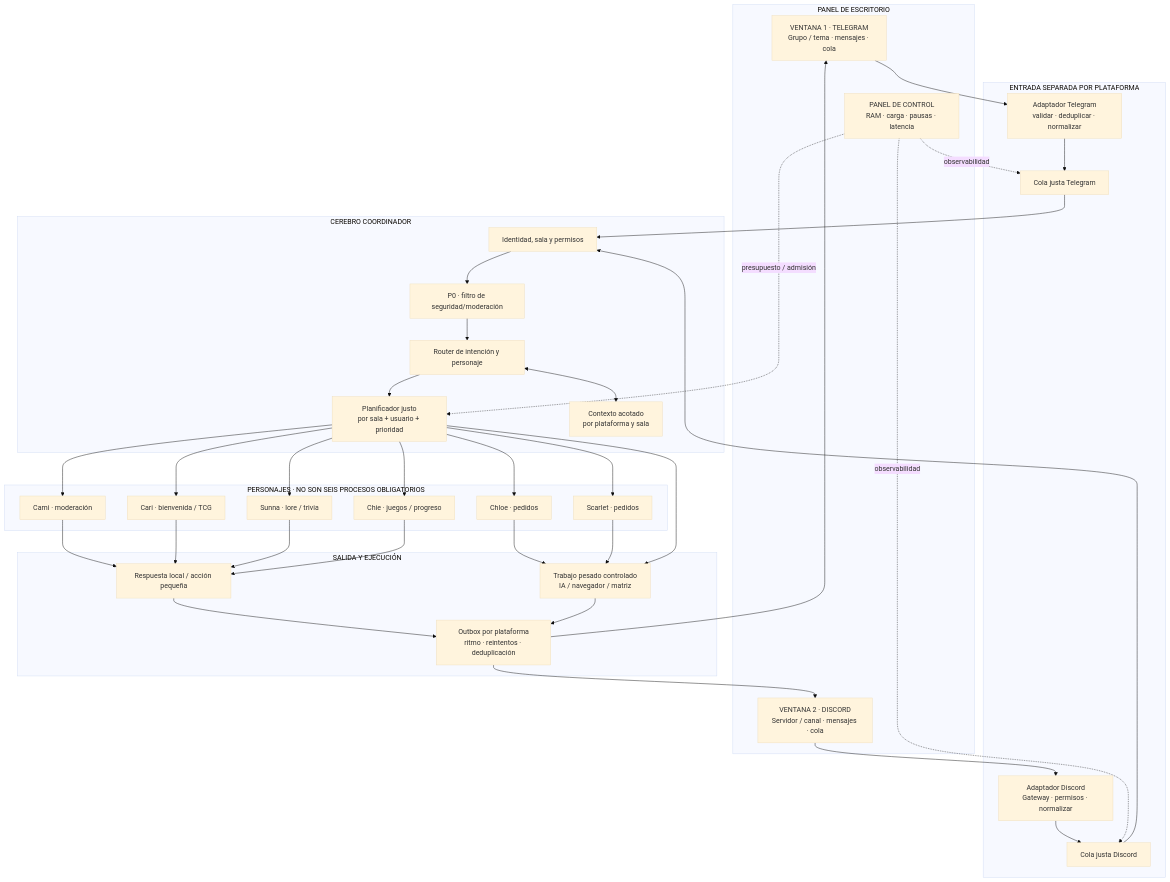
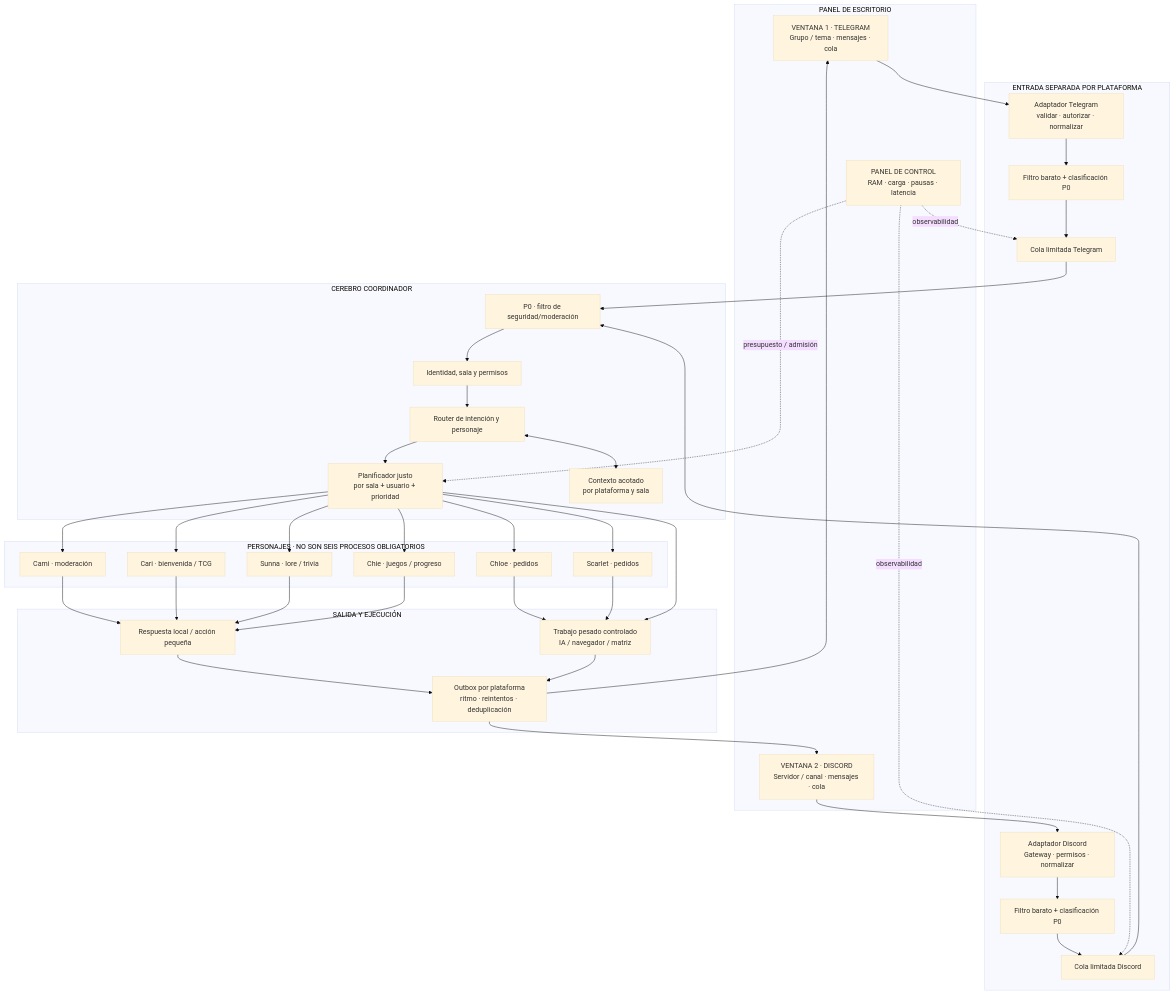
The diagram in docs/architecture/DUAL_PLATFORM_CEREBRO_MAP.md (eltiootaku01-hue/bot-telegram), drawn with Mermaid (base theme) before and after one commit. The commit also changed other lines of this file, not shown here.

Commit message:
docs: align message flow with pre-queue safety policy

````diff
--- a/docs/architecture/DUAL_PLATFORM_CEREBRO_MAP.md
+++ b/docs/architecture/DUAL_PLATFORM_CEREBRO_MAP.md
@@ -17,66 +17,68 @@
 ```mermaid
 flowchart TB
     subgraph UI["PANEL DE ESCRITORIO"]
       TG["VENTANA 1 · TELEGRAM\nGrupo / tema · mensajes · cola"]
       DC["VENTANA 2 · DISCORD\nServidor / canal · mensajes · cola"]
       CP["PANEL DE CONTROL\nRAM · carga · pausas · latencia"]
     end
 
     subgraph IN["ENTRADA SEPARADA POR PLATAFORMA"]
-      TGA["Adaptador Telegram\nvalidar · deduplicar · normalizar"]
+      TGA["Adaptador Telegram\nvalidar · autorizar · normalizar"]
       DCA["Adaptador Discord\nGateway · permisos · normalizar"]
-      QT["Cola justa Telegram"]
-      QD["Cola justa Discord"]
+      TGS["Filtro barato + clasificación P0"]
+      DCS["Filtro barato + clasificación P0"]
+      QT["Cola limitada Telegram"]
+      QD["Cola limitada Discord"]
     end
 
     subgraph BRAIN["CEREBRO COORDINADOR"]
       AUTH["Identidad, sala y permisos"]
       MOD["P0 · filtro de seguridad/moderación"]
       ROUTER["Router de intención y personaje"]
       FAIR["Planificador justo\npor sala + usuario + prioridad"]
       MEMORY["Contexto acotado\npor plataforma y sala"]
     end
 
     subgraph CAST["PERSONAJES · NO SON SEIS PROCESOS OBLIGATORIOS"]
       CAMI["Cami · moderación"]
       CARI["Cari · bienvenida / TCG"]
       SUNNA["Sunna · lore / trivia"]
       CHIE["Chie · juegos / progreso"]
       CHLOE["Chloe · pedidos"]
       SCARLET["Scarlet · pedidos"]
     end
 
     subgraph OUT["SALIDA Y EJECUCIÓN"]
       LIGHT["Respuesta local / acción pequeña"]
       HEAVY["Trabajo pesado controlado\nIA / navegador / matriz"]
       OBOX["Outbox por plataforma\nritmo · reintentos · deduplicación"]
     end
 
-    TG --> TGA --> QT
-    DC --> DCA --> QD
-    QT --> AUTH
-    QD --> AUTH
-    AUTH --> MOD --> ROUTER
+    TG --> TGA --> TGS --> QT
+    DC --> DCA --> DCS --> QD
+    QT --> MOD
+    QD --> MOD
+    MOD --> AUTH --> ROUTER
     ROUTER <--> MEMORY
     ROUTER --> FAIR
     FAIR --> CAMI
     FAIR --> CARI
     FAIR --> SUNNA
     FAIR --> CHIE
     FAIR --> CHLOE
     FAIR --> SCARLET
     CAMI --> LIGHT
     CARI --> LIGHT
     SUNNA --> LIGHT
     CHIE --> LIGHT
     CHLOE --> HEAVY
     SCARLET --> HEAVY
     FAIR --> HEAVY
     LIGHT --> OBOX
     HEAVY --> OBOX
     OBOX --> TG
     OBOX --> DC
     CP -. presupuesto / admisión .-> FAIR
     CP -. observabilidad .-> QT
     CP -. observabilidad .-> QD
 ```
````
